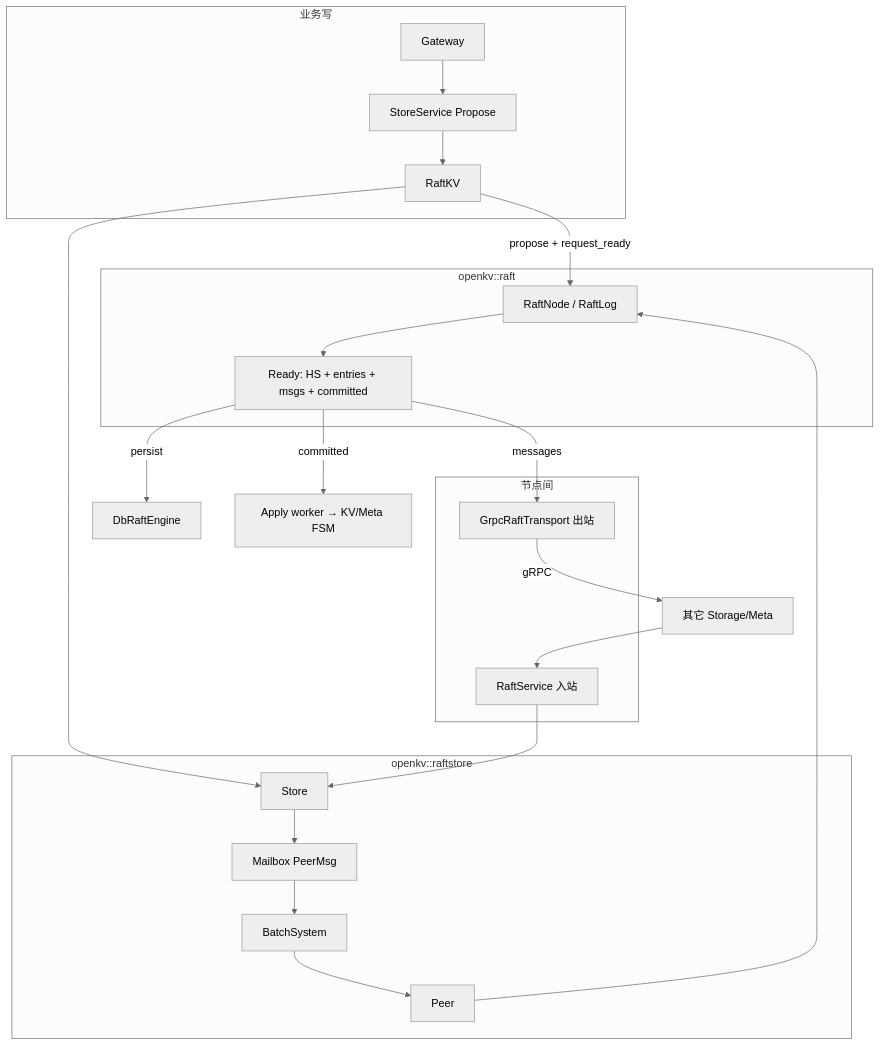
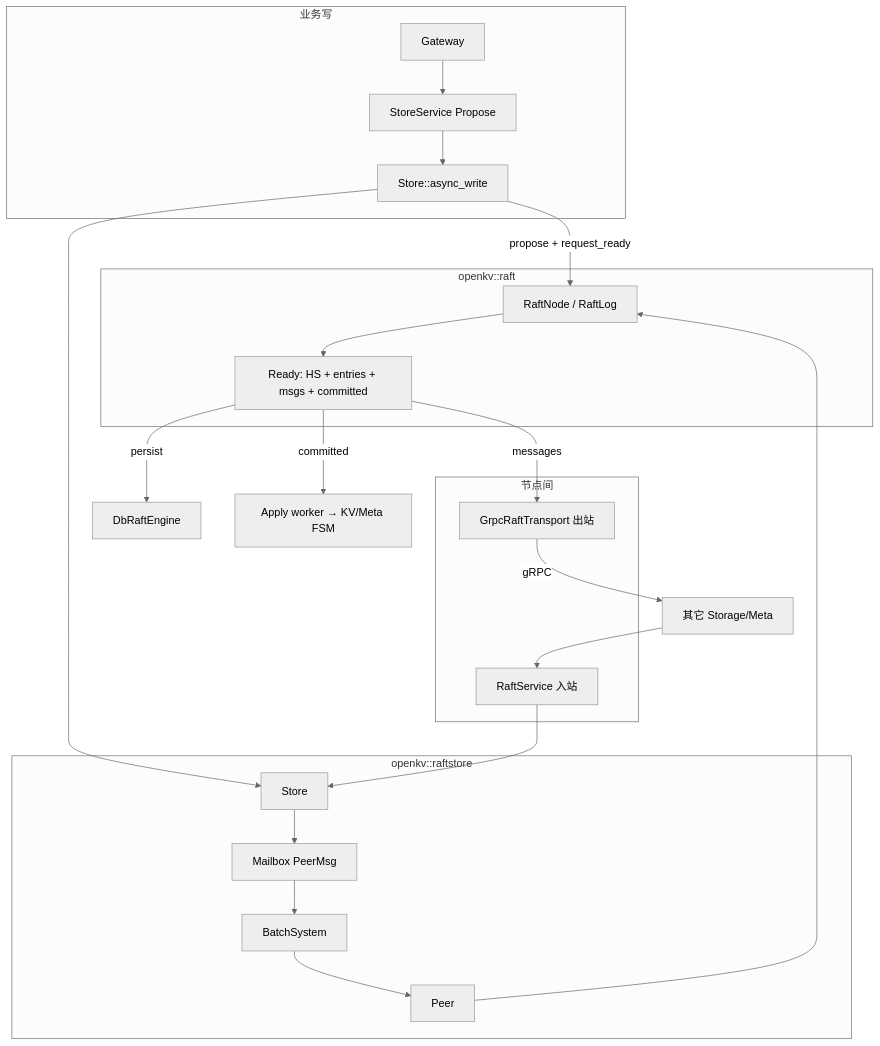
The second of 7 diagrams in docs/flows/06-raft-election-commit.md (devotionalist/openkv), drawn with Mermaid (neutral theme) before and after one commit. The commit also changed other lines of this file and 196 other files, not shown here.

First line of the commit message:
Fold Storage Raft writes into Store and adopt Google C++20 formatting.

````diff
--- a/docs/flows/06-raft-election-commit.md
+++ b/docs/flows/06-raft-election-commit.md
@@ -39,34 +39,34 @@
 ```mermaid
 flowchart TB
   subgraph client_path["业务写"]
     GW[Gateway] --> SS[StoreService Propose]
-    SS --> RKV[RaftKV]
+    SS --> RKV[Store::async_write]
   end
 
   subgraph protocol["openkv::raft"]
     RN[RaftNode / RaftLog]
     RD["Ready: HS + entries + msgs + committed"]
   end
 
   subgraph store["openkv::raftstore"]
     ST[Store]
     MB[Mailbox PeerMsg]
     BS[BatchSystem]
     PE[Peer]
   end
 
   subgraph net["节点间"]
     GT[GrpcRaftTransport 出站]
     RS[RaftService 入站]
   end
 
   RKV -->|propose + request_ready| RN
   RKV --> ST
   ST --> MB --> BS --> PE --> RN
   RN --> RD
   RD -->|persist| Eng[DbRaftEngine]
   RD -->|messages| GT
   RD -->|committed| Apply[Apply worker → KV/Meta FSM]
   GT -->|gRPC| Peer2[其它 Storage/Meta]
   Peer2 --> RS --> ST
 ```
````
